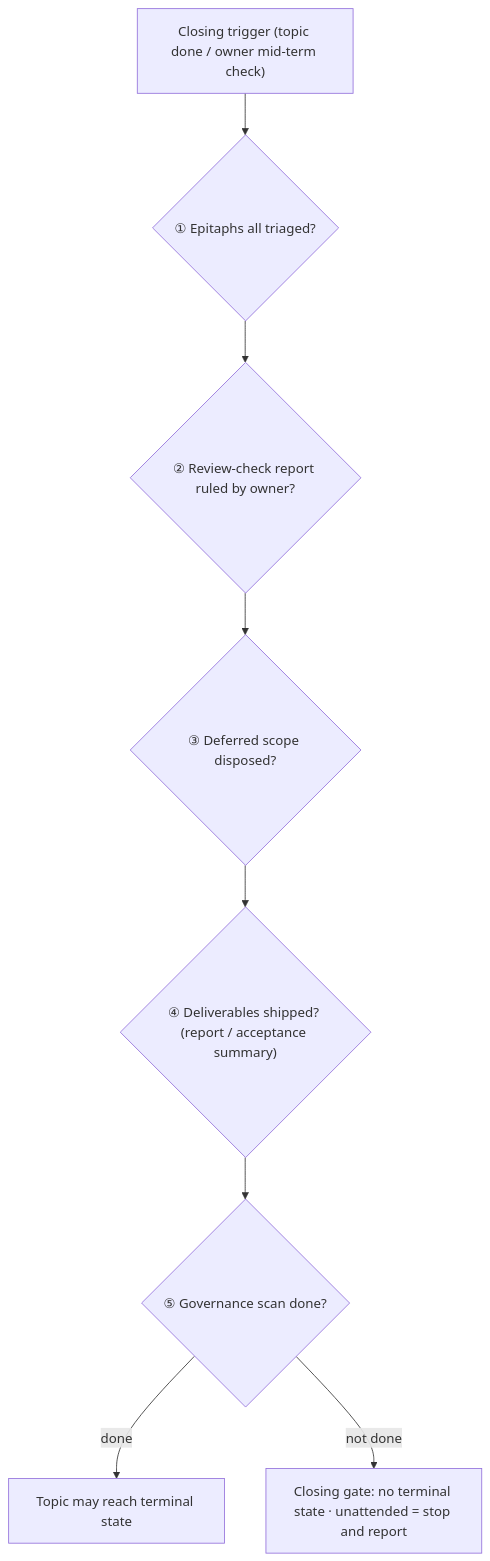
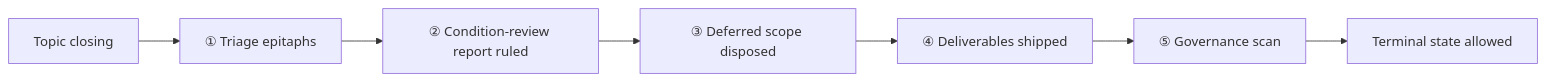
Before and after one commit to nightBrise/sci-spec-loop-skill: the fourth of 8 diagrams in README.en.md, drawn with Mermaid. The commit also changed other lines of this file and 8 other files, not shown here.

````diff
--- a/README.en.md
+++ b/README.en.md
@@ -102,10 +59,4 @@
 ```mermaid
-flowchart TD
-    CLOSE["Closing trigger (topic done / owner mid-term check)"] --> C1{"① Epitaphs all triaged?"}
-    C1 --> C2{"② Review-check report ruled by owner?"}
-    C2 --> C3{"③ Deferred scope disposed?"}
-    C3 --> C4{"④ Deliverables shipped? (report / acceptance summary)"}
-    C4 --> C5{"⑤ Governance scan done?"}
-    C5 -->|"done"| OK["Topic may reach terminal state"]
-    C5 -->|"not done"| BLOCK["Closing gate: no terminal state · unattended = stop and report"]
+flowchart LR
+    C["Topic closing"] --> A["① Triage epitaphs"] --> B["② Condition-review report ruled"] --> C3["③ Deferred scope disposed"] --> D["④ Deliverables shipped"] --> E["⑤ Governance scan"] --> OK["Terminal state allowed"]
 ```
````
